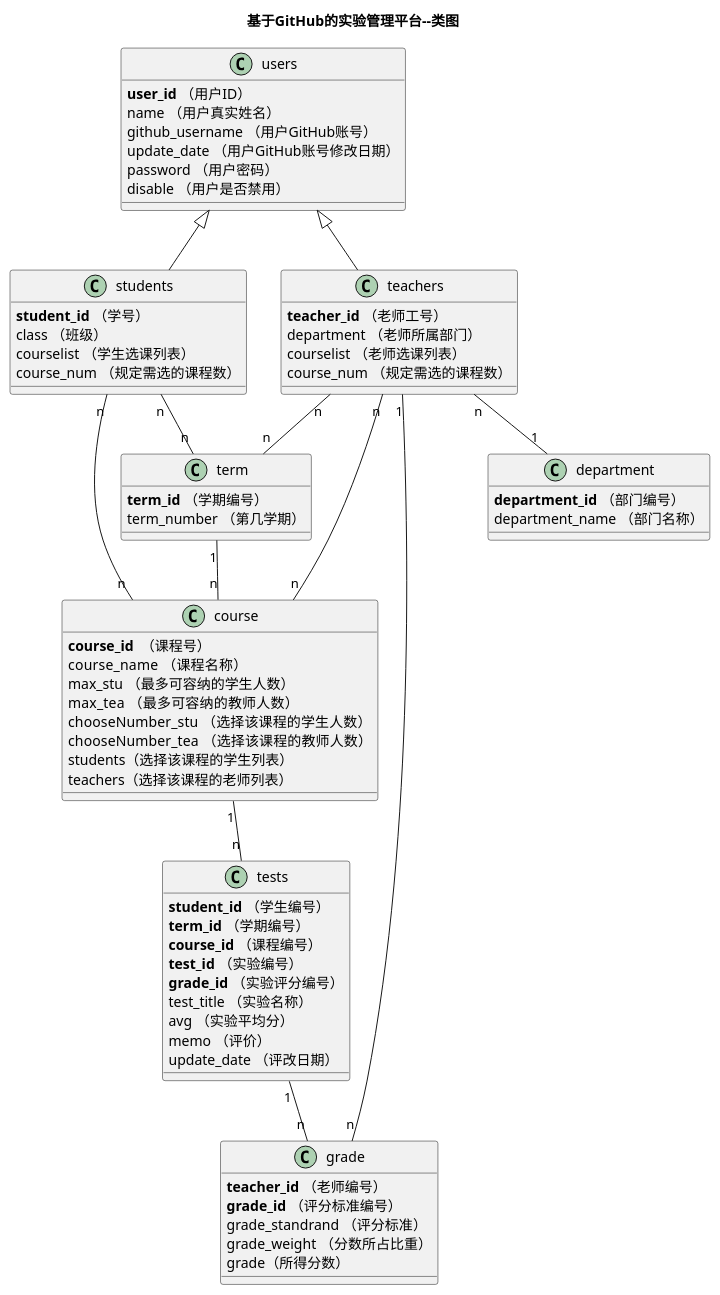
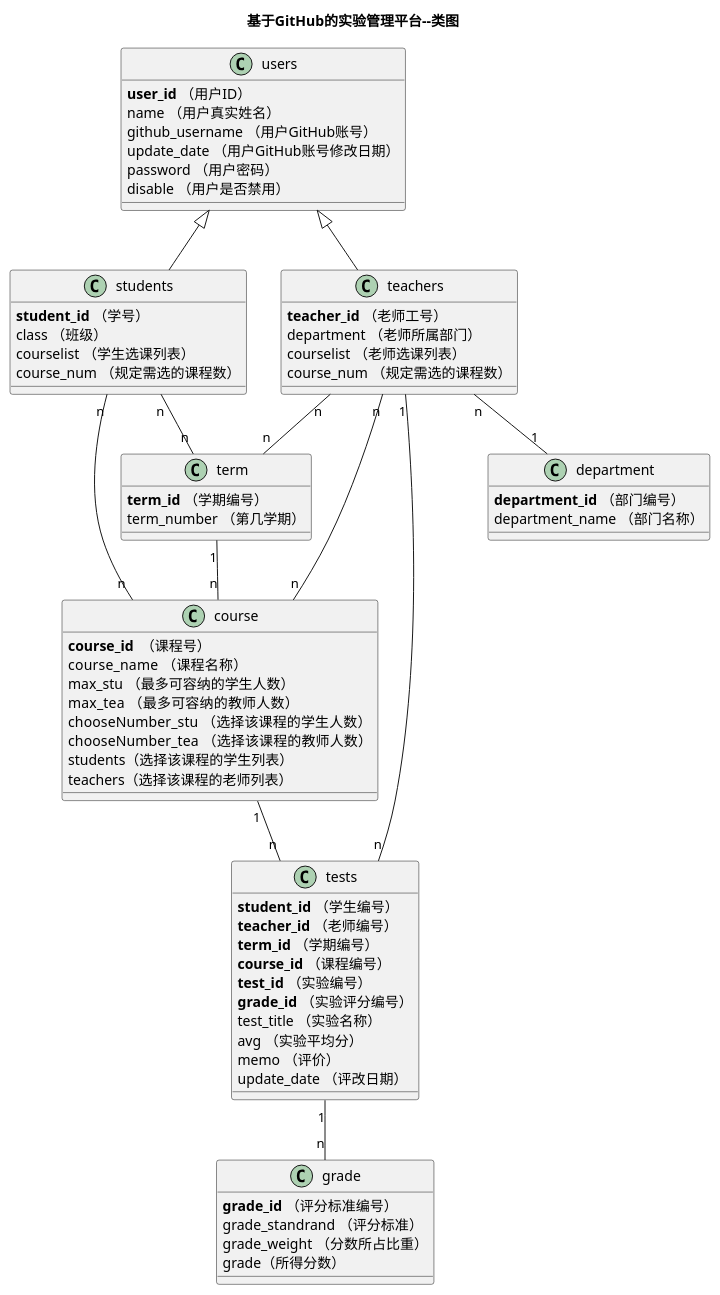
The diagram in test6/src/class.puml (201510414128/is_analysis-1), drawn with PlantUML before and after one commit.

```diff
--- a/test6/src/class.puml
+++ b/test6/src/class.puml
@@ -1,71 +1,71 @@
 @startuml
 title 基于GitHub的实验管理平台--类图
 class users {
     <b>user_id</b> （用户ID）
     name （用户真实姓名）
     github_username （用户GitHub账号）
     update_date （用户GitHub账号修改日期）
     password （用户密码）
     disable （用户是否禁用）
 }
 class teachers{
     <b>teacher_id</b> （老师工号）
     department （老师所属部门）
     courselist （老师选课列表）
     course_num （规定需选的课程数）
 }
 class students{
     <b>student_id</b> （学号）
     class （班级）
     courselist （学生选课列表）
     course_num （规定需选的课程数）
 }
 users <|- students
 users <|-- teachers
 class course{
     <b>course_id</b>  （课程号）
     course_name  （课程名称）
     max_stu （最多可容纳的学生人数）
     max_tea  （最多可容纳的教师人数）
     chooseNumber_stu  （选择该课程的学生人数）
     chooseNumber_tea  （选择该课程的教师人数）
     students（选择该课程的学生列表）
     teachers（选择该课程的老师列表）
 }
 class grade {
-    <b>teacher_id</b> （老师编号）
     <b>grade_id</b> （评分标准编号）
     grade_standrand （评分标准）
     grade_weight （分数所占比重）
     grade（所得分数）
 }
 class tests {
     <b>student_id</b> （学生编号）
+    <b>teacher_id</b> （老师编号）
     <b>term_id</b> （学期编号）
     <b>course_id</b> （课程编号）
     <b>test_id</b> （实验编号）
     <b>grade_id</b> （实验评分编号）
     test_title （实验名称）
     avg （实验平均分）
     memo （评价）
     update_date （评改日期）
 }
 class term{
     <b>term_id</b> （学期编号）
     term_number （第几学期）
 }
 class department{
     <b>department_id</b> （部门编号）
     department_name （部门名称）
 }
 students "n" -- "n"  course
 tests "1" -- "n"  grade
 course "1" -- "n"  tests
 teachers "n" -- "n"  course
 term "1" -- "n"  course
 students "n" -- "n"  term
 teachers "n" -- "n"  term
 teachers "n" -- "1"  department
-teachers "1" -- "n"  grade
+teachers "1" -- "n"  tests
 
 @enduml
```
